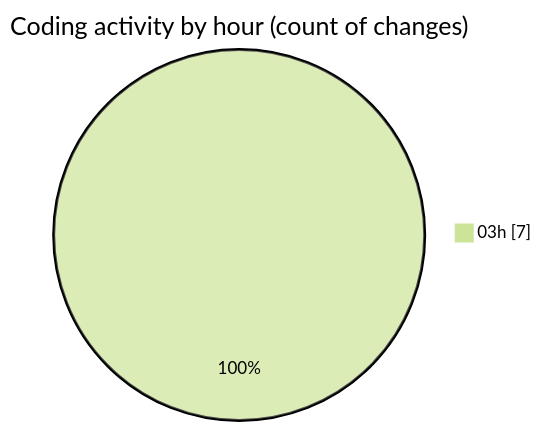
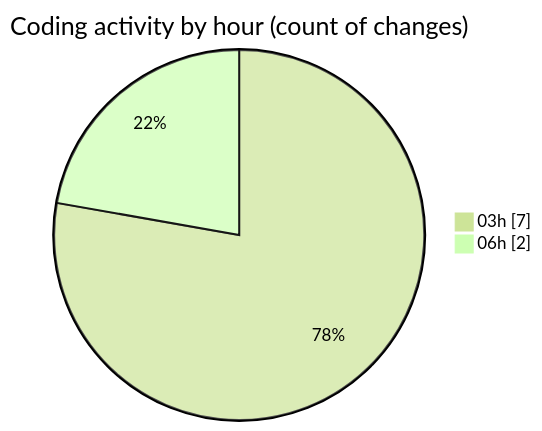
Before and after one commit to EIIisD/code-tracking: the second of 2 diagrams in 2025-07-11/macrowhisper/README.md, drawn with Mermaid (forest theme). The commit also changed other lines of this file and 1 other file, not shown here.

````diff
--- a/2025-07-11/macrowhisper/README.md
+++ b/2025-07-11/macrowhisper/README.md
@@ -31,5 +32,6 @@
 ```mermaid
 pie showData
 title Coding activity by hour (count of changes)
 "03h" : 7
+"06h" : 2
 ```
````
